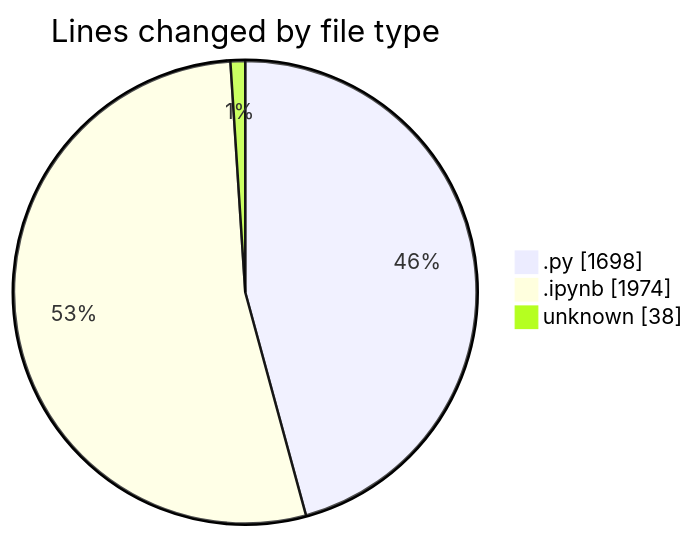
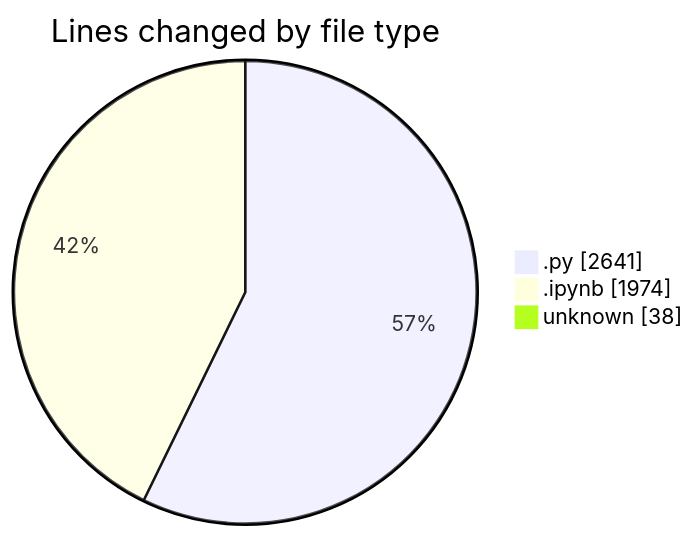
Before and after one commit to MatusMokan/code-tracking: the first of 2 diagrams in 2025-03-21/myws__workspace_/README.md, drawn with Mermaid. The commit also changed other lines of this file and 1 other file, not shown here.

````diff
--- a/2025-03-21/myws__workspace_/README.md
+++ b/2025-03-21/myws__workspace_/README.md
@@ -24,7 +25,7 @@
 ```mermaid
 pie showData
 title Lines changed by file type
-".py" : 1698
+".py" : 2641
 ".ipynb" : 1974
 "unknown" : 38
 ```
````
